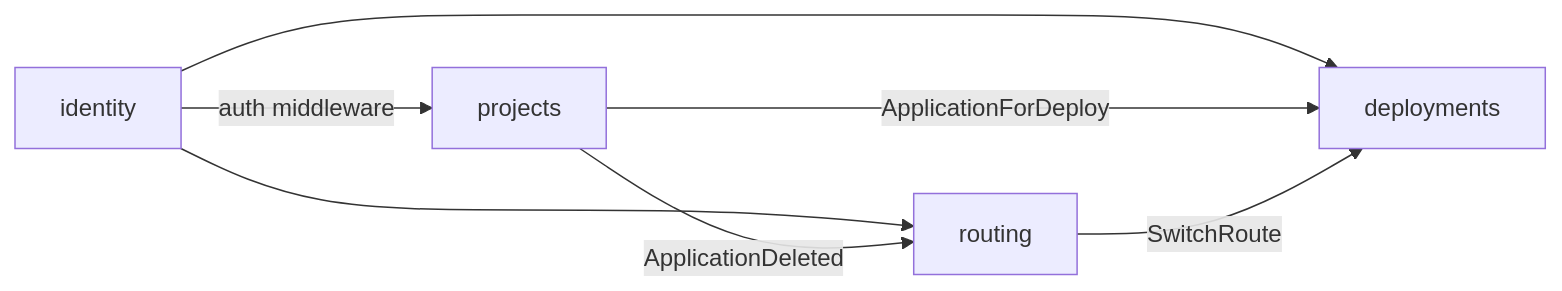
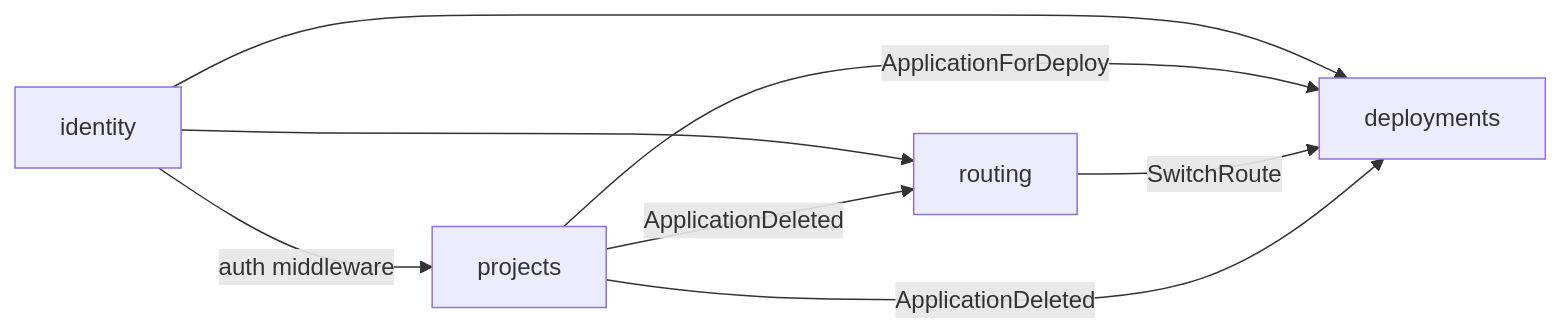
The diagram in docs/domain/context-map.md (jevido/bakery), drawn with Mermaid before and after one commit. The commit also changed other lines of this file and 3 other files, not shown here.

````diff
--- a/docs/domain/context-map.md
+++ b/docs/domain/context-map.md
@@ -38,9 +38,10 @@
 ```mermaid
 flowchart LR
   identity -->|auth middleware| projects
   identity --> deployments
   identity --> routing
   projects -->|ApplicationForDeploy| deployments
   routing -->|SwitchRoute| deployments
   projects -->|ApplicationDeleted| routing
+  projects -->|ApplicationDeleted| deployments
 ```
````
